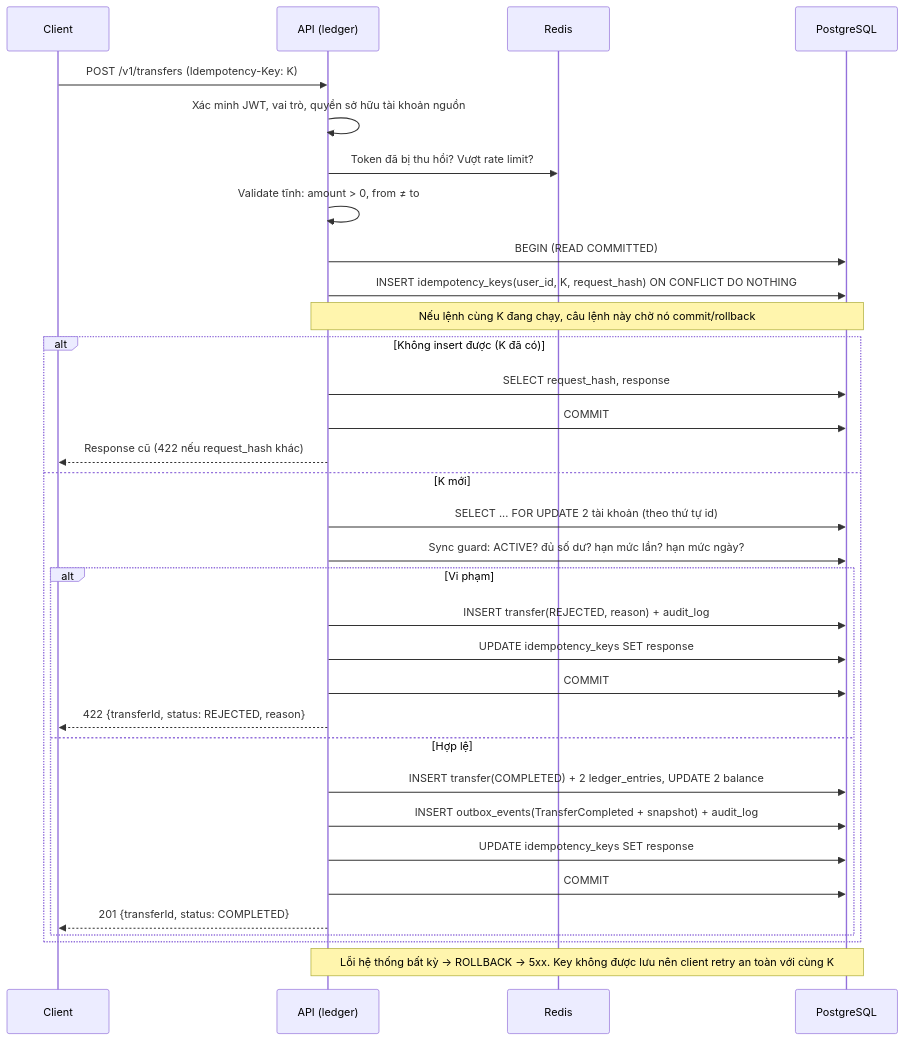
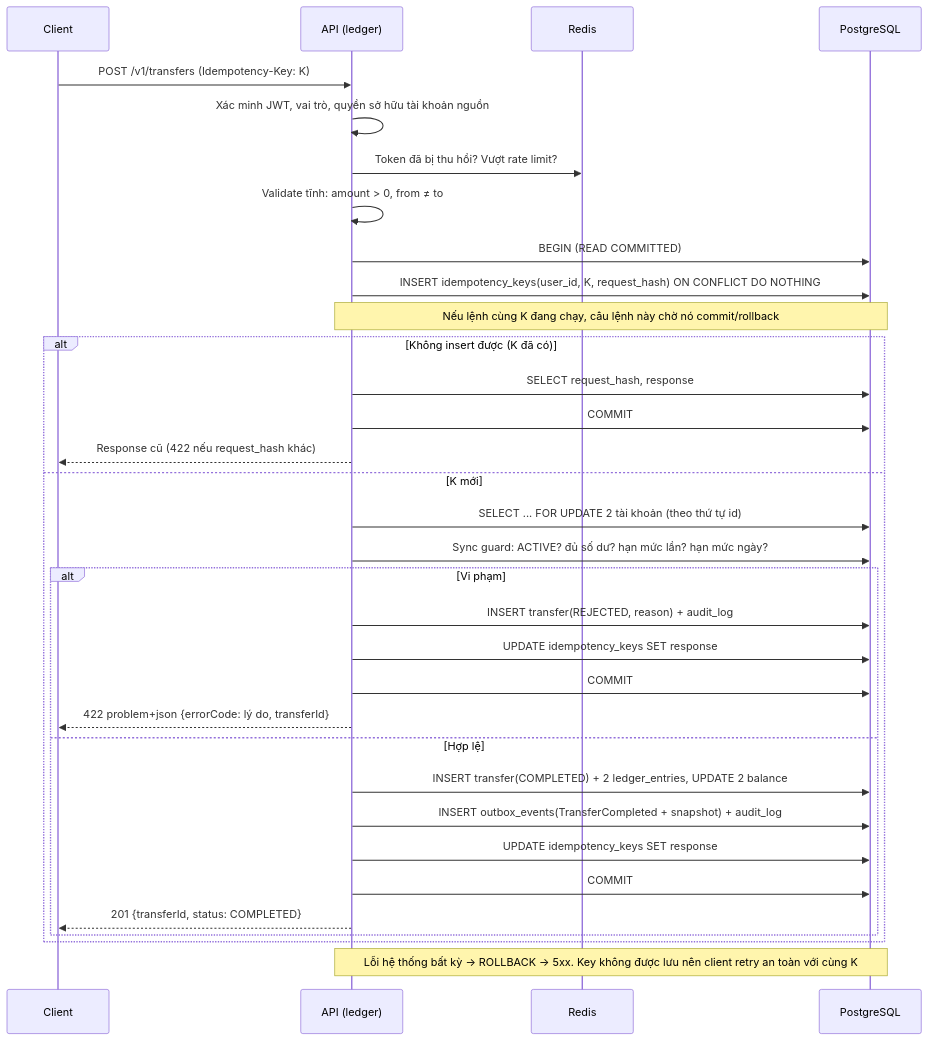
Before and after one commit to Lawliet119/digital-banking-simulator: the fourth of 10 diagrams in docs/03_HIGH_LEVEL_ARCHITECTURE.md, drawn with Mermaid. The commit also changed other lines of this file and 73 other files, not shown here.

````diff
--- a/docs/03_HIGH_LEVEL_ARCHITECTURE.md
+++ b/docs/03_HIGH_LEVEL_ARCHITECTURE.md
@@ -154,36 +167,36 @@
 ```mermaid
 sequenceDiagram
     participant C as Client
     participant A as API (ledger)
     participant R as Redis
     participant DB as PostgreSQL
 
     C->>A: POST /v1/transfers (Idempotency-Key: K)
     A->>A: Xác minh JWT, vai trò, quyền sở hữu tài khoản nguồn
     A->>R: Token đã bị thu hồi? Vượt rate limit?
     A->>A: Validate tĩnh: amount > 0, from ≠ to
     A->>DB: BEGIN (READ COMMITTED)
     A->>DB: INSERT idempotency_keys(user_id, K, request_hash) ON CONFLICT DO NOTHING
     Note over A,DB: Nếu lệnh cùng K đang chạy, câu lệnh này chờ nó commit/rollback
     alt Không insert được (K đã có)
         A->>DB: SELECT request_hash, response
         A->>DB: COMMIT
         A-->>C: Response cũ (422 nếu request_hash khác)
     else K mới
         A->>DB: SELECT ... FOR UPDATE 2 tài khoản (theo thứ tự id)
         A->>DB: Sync guard: ACTIVE? đủ số dư? hạn mức lần? hạn mức ngày?
         alt Vi phạm
             A->>DB: INSERT transfer(REJECTED, reason) + audit_log
             A->>DB: UPDATE idempotency_keys SET response
             A->>DB: COMMIT
-            A-->>C: 422 {transferId, status: REJECTED, reason}
+            A-->>C: 422 problem+json {errorCode: lý do, transferId}
         else Hợp lệ
             A->>DB: INSERT transfer(COMPLETED) + 2 ledger_entries, UPDATE 2 balance
             A->>DB: INSERT outbox_events(TransferCompleted + snapshot) + audit_log
             A->>DB: UPDATE idempotency_keys SET response
             A->>DB: COMMIT
             A-->>C: 201 {transferId, status: COMPLETED}
         end
     end
     Note over A,DB: Lỗi hệ thống bất kỳ → ROLLBACK → 5xx. Key không được lưu nên client retry an toàn với cùng K
 ```
````
